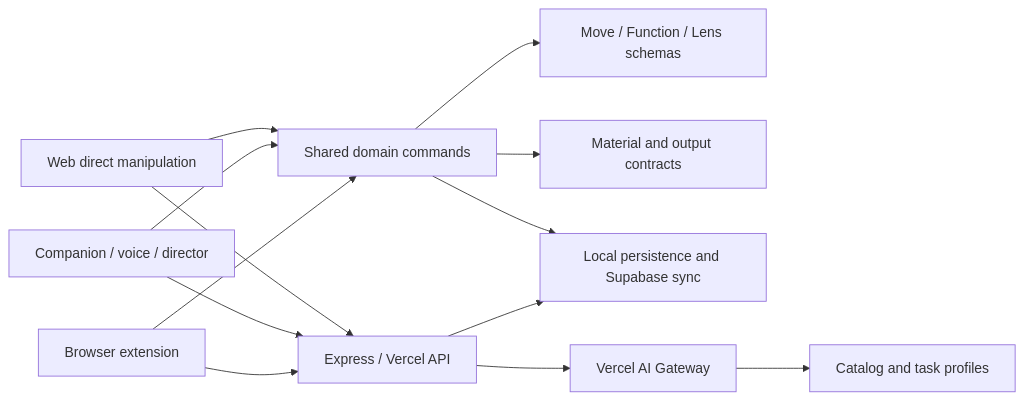
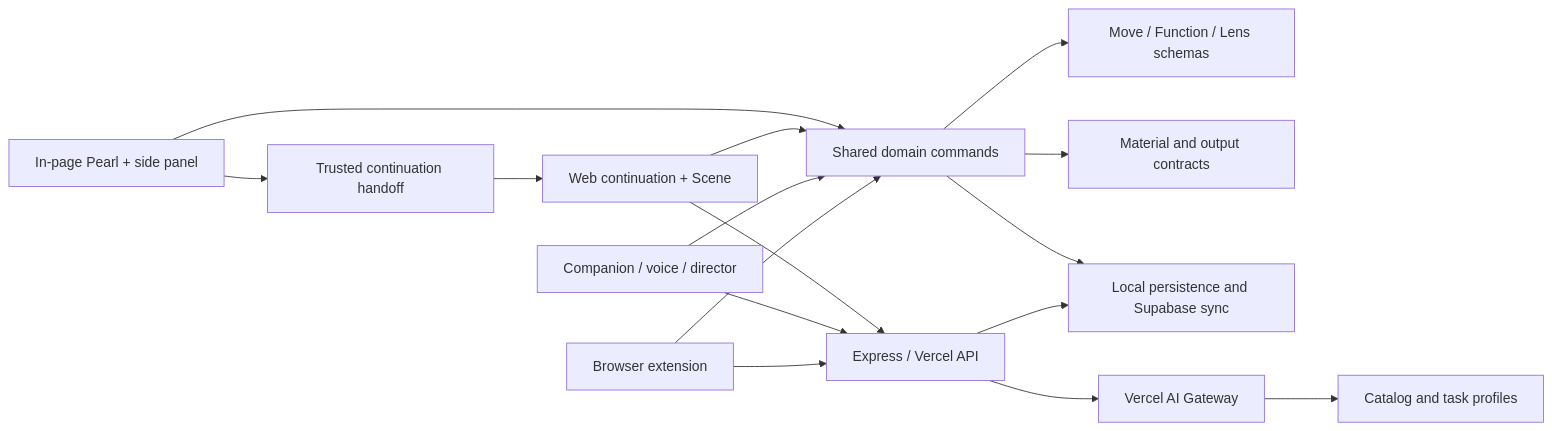
Before and after one commit to tanekim-sudo/Pearl: the diagram in README.md, drawn with Mermaid. The commit also changed other lines of this file and 35 other files, not shown here.

Commit message:
Make web a Pearl continuation surface

````diff
--- a/README.md
+++ b/README.md
@@ -918,15 +938,18 @@
 ```mermaid
 flowchart LR
-  UI[Web direct manipulation] --> CMD[Shared domain commands]
+  PAGE[In-page Pearl + side panel] --> CMD[Shared domain commands]
+  PAGE --> HANDOFF[Trusted continuation handoff]
+  HANDOFF --> UI[Web continuation + Scene]
+  UI --> CMD
   COM[Companion / voice / director] --> CMD
   EXT[Browser extension] --> CMD
   CMD --> OBJ[Move / Function / Lens schemas]
   CMD --> MAT[Material and output contracts]
   CMD --> STORE[Local persistence and Supabase sync]
   UI --> API[Express / Vercel API]
   COM --> API
   EXT --> API
   API --> GW[Vercel AI Gateway]
   GW --> CAT[Catalog and task profiles]
   API --> STORE
 ```
````
